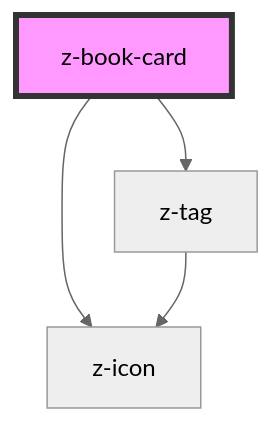
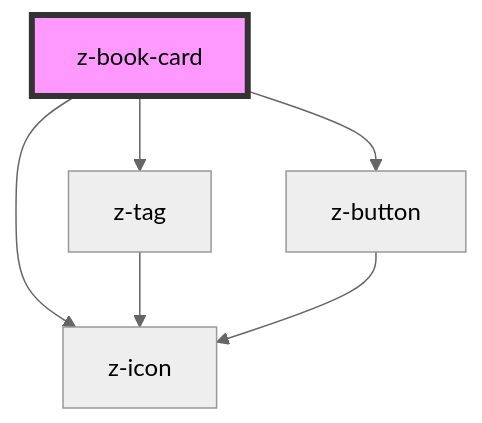
One commit to ZanichelliEditore/design-system changed the diagram in src/components/z-book-card/readme.md. Above: the diagram before and after it, drawn with Mermaid (neutral theme). The commit also changed other lines of this file and 4 other files, not shown here.

````diff
--- a/src/components/z-book-card/readme.md
+++ b/src/components/z-book-card/readme.md
@@ -51,7 +51,9 @@
 ```mermaid
 graph TD;
   z-book-card --> z-tag
   z-book-card --> z-icon
+  z-book-card --> z-button
   z-tag --> z-icon
+  z-button --> z-icon
   style z-book-card fill:#f9f,stroke:#333,stroke-width:4px
 ```
````
